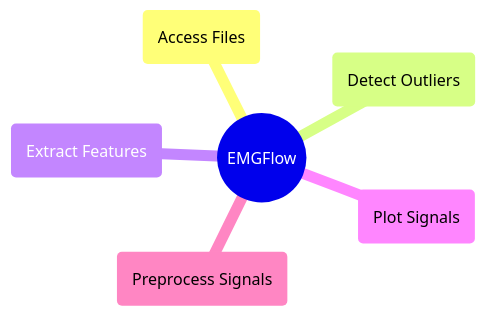
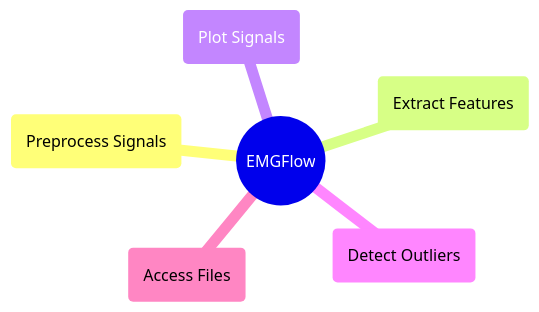
One commit to WiIIson/EMGFlow-Python-Package changed the diagram in docs/reference/api-overview.md. Above: the diagram before and after it, drawn with Mermaid. The commit also changed other lines of this file and 5 other files, not shown here.

First line of the commit message:
Reordered mindmaps

````diff
--- a/docs/reference/api-overview.md
+++ b/docs/reference/api-overview.md
@@ -17,9 +17,9 @@
 ```mermaid
 mindmap
     root((EMGFlow))
-        AF(Access Files)
-        DO(Detect Outliers)
+        PrS(Preprocess Signals)
         EF(Extract Features)
         PlS(Plot Signals)
-        PrS(Preprocess Signals)
+        DO(Detect Outliers)
+        AF(Access Files)
 ```
````
